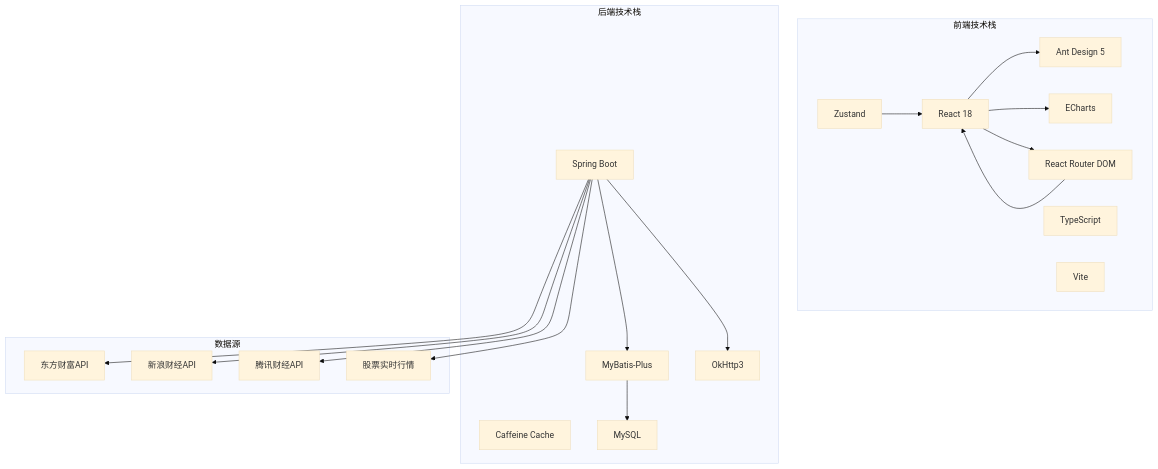
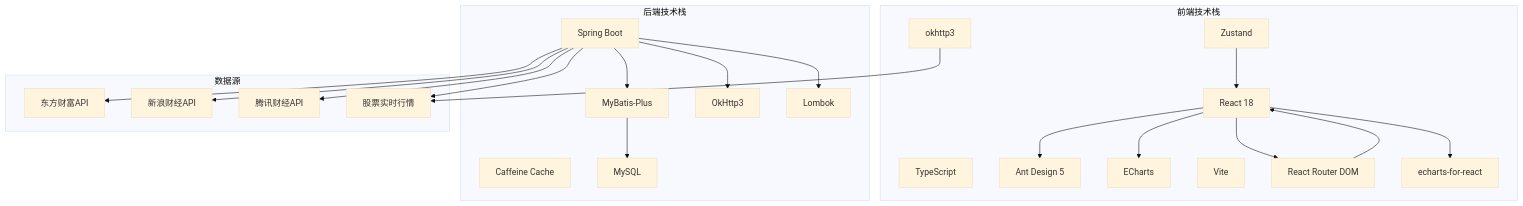
One commit to gree-coder/fund-butler changed diagram 11 of 12 in .qoder/repowiki/zh/content/Fund Detail Enhancement.md. Above: the diagram before and after it, drawn with Mermaid (base theme). The commit also changed other lines of this file and 21 other files, not shown here.

````diff
--- a/.qoder/repowiki/zh/content/Fund Detail Enhancement.md
+++ b/.qoder/repowiki/zh/content/Fund Detail Enhancement.md
@@ -553,37 +550,43 @@
 ```mermaid
 graph TB
 subgraph "前端技术栈"
 A[React 18]
 B[TypeScript]
 C[Ant Design 5]
 D[ECharts]
 E[Zustand]
 F[Vite]
 G[React Router DOM]
+H[echarts-for-react]
+I[okhttp3]
 end
 subgraph "后端技术栈"
-H[Spring Boot]
-I[MyBatis-Plus]
-J[OkHttp3]
-K[Caffeine Cache]
-L[MySQL]
+J[Spring Boot]
+K[MyBatis-Plus]
+L[OkHttp3]
+M[Caffeine Cache]
+N[MySQL]
+O[Lombok]
 end
 subgraph "数据源"
-M[东方财富API]
-N[新浪财经API]
-O[腾讯财经API]
-P[股票实时行情]
+P[东方财富API]
+Q[新浪财经API]
+R[腾讯财经API]
+S[股票实时行情]
 end
 A --> C
 A --> D
 A --> G
+A --> H
 G --> A
 E --> A
-H --> I
-H --> J
-I --> L
-H --> M
-H --> N
-H --> O
-H --> P
+J --> K
+J --> L
+J --> O
+K --> N
+J --> P
+J --> Q
+J --> R
+J --> S
+I --> S
 ```
````
